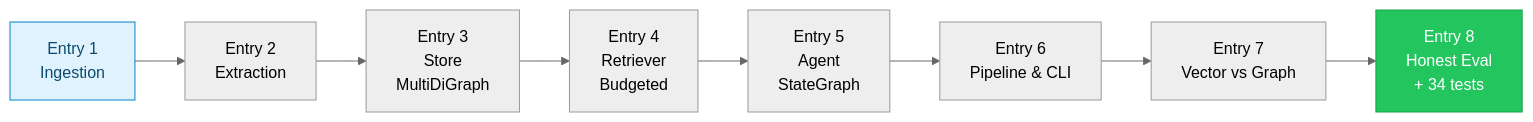
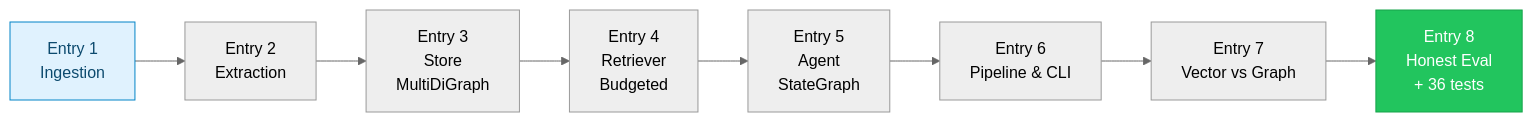
One commit to manishwvn/graph_rag changed the first of 9 diagrams in LEARNINGS.md. Above: the diagram before and after it, drawn with Mermaid (neutral theme). The commit also changed other lines of this file and 8 other files, not shown here.

First line of the commit message:
feat: cache judge verdicts, pace the graph build, resolve entity stubs

````diff
--- a/LEARNINGS.md
+++ b/LEARNINGS.md
@@ -21,12 +21,12 @@
 ```mermaid
 graph LR
   E1["Entry 1<br/>Ingestion"] --> E2["Entry 2<br/>Extraction"]
   E2 --> E3["Entry 3<br/>Store<br/>MultiDiGraph"]
   E3 --> E4["Entry 4<br/>Retriever<br/>Budgeted"]
   E4 --> E5["Entry 5<br/>Agent<br/>StateGraph"]
   E5 --> E6["Entry 6<br/>Pipeline & CLI"]
   E6 --> E7["Entry 7<br/>Vector vs Graph"]
-  E7 --> E8["Entry 8<br/>Honest Eval<br/>+ 34 tests"]
+  E7 --> E8["Entry 8<br/>Honest Eval<br/>+ 36 tests"]
   style E8 fill:#22C55E,stroke:#16A34A,color:#fff
   style E1 fill:#E0F2FE,stroke:#0284C7,color:#0C4A6E
 ```
````
